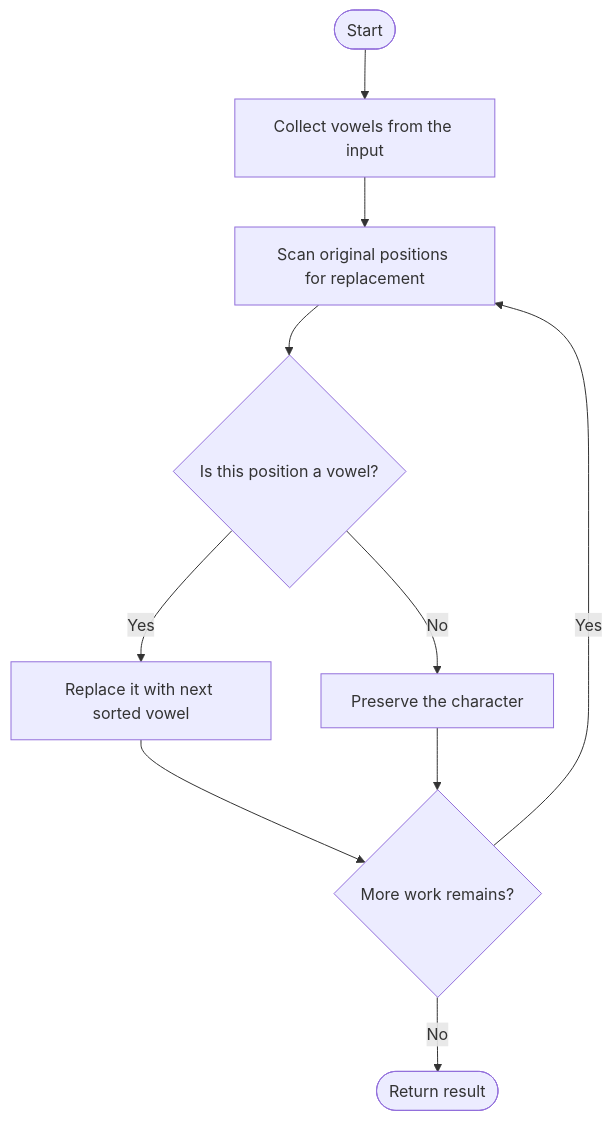
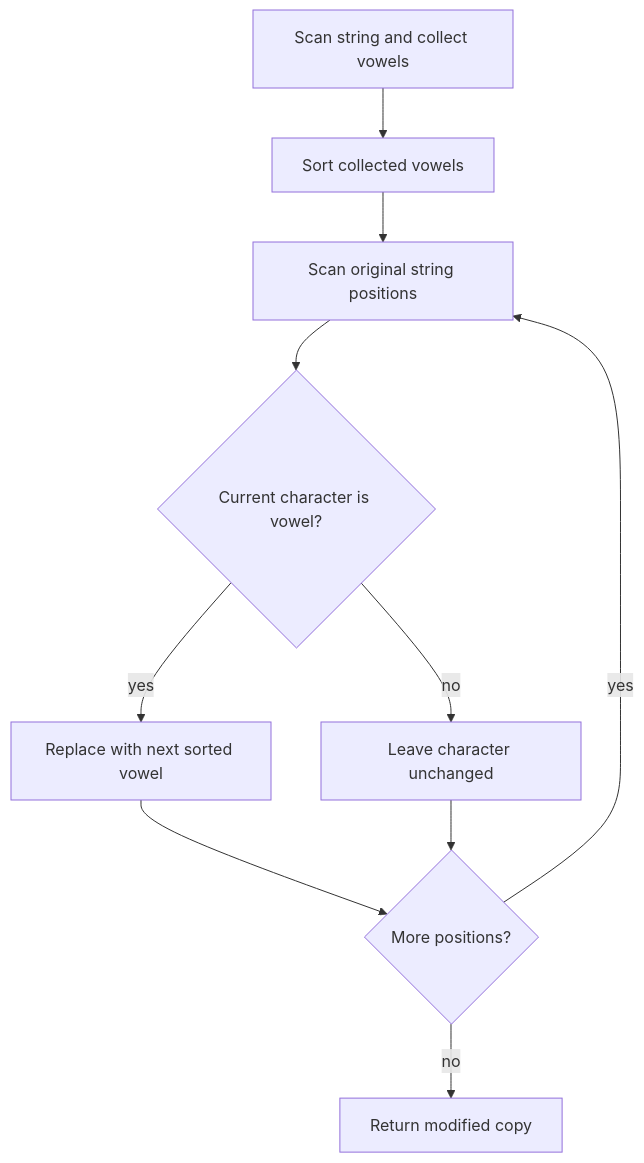
One commit to SAIDEEPBHANGE/C-CPP-Codes changed the diagram in LeetCode/2785/README.md. Above: the diagram before and after it, drawn with Mermaid. The commit also changed other lines of this file and 196 other files, not shown here.

````diff
--- a/LeetCode/2785/README.md
+++ b/LeetCode/2785/README.md
@@ -13,12 +42,12 @@
 ```mermaid
 flowchart TD
- A([Start]) --> B[Collect vowels from the input]
- B --> C[Scan original positions for replacement]
- C --> D{Is this position a vowel?}
- D -- Yes --> E[Replace it with next sorted vowel]
- D -- No --> F[Preserve the character]
- E --> G{More work remains?}
- F --> G
- G -- Yes --> C
- G -- No --> H([Return result])
+    A[Scan string and collect vowels] --> B[Sort collected vowels]
+    B --> C[Scan original string positions]
+    C --> D{Current character is vowel?}
+    D -->|yes| E[Replace with next sorted vowel]
+    D -->|no| F[Leave character unchanged]
+    E --> G{More positions?}
+    F --> G
+    G -->|yes| C
+    G -->|no| H[Return modified copy]
 ```
````
